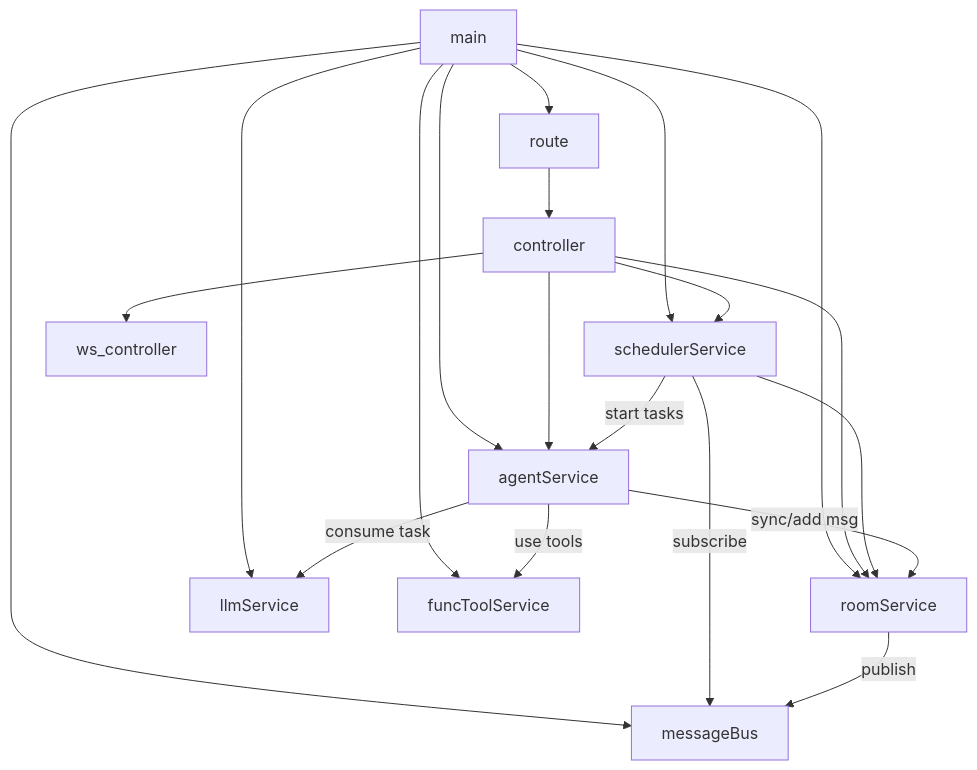
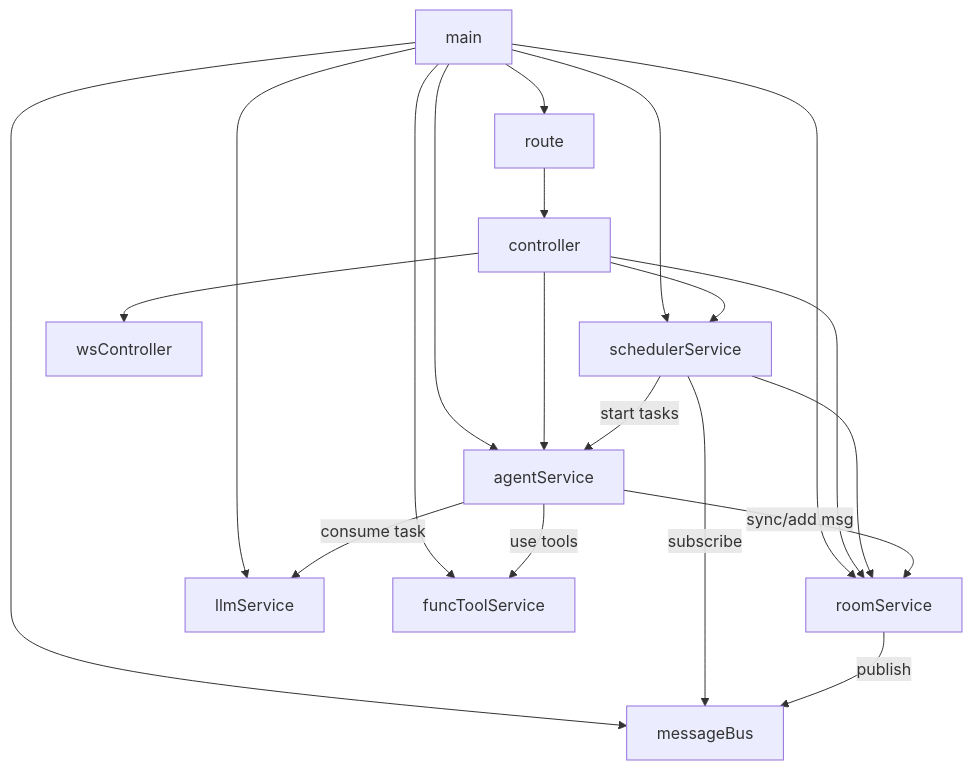
The diagram in docs/tech/service_dependencies.md (alexazhou/TogoSpace), drawn with Mermaid before and after one commit. The commit also changed 29 other files, not shown here.

````diff
--- a/docs/tech/service_dependencies.md
+++ b/docs/tech/service_dependencies.md
@@ -3,26 +3,26 @@
 ```mermaid
 graph TD
     main --> route
     main --> agentService
     main --> roomService
     main --> schedulerService
     main --> llmService
     main --> funcToolService
     main --> messageBus
 
     route --> controller
     controller --> agentService
     controller --> roomService
     controller --> schedulerService
-    controller --> ws_controller
+    controller --> wsController
 
     schedulerService -->|start tasks| agentService
     schedulerService --> roomService
     schedulerService -->|subscribe| messageBus
 
     agentService -->|consume task| llmService
     agentService -->|sync/add msg| roomService
     agentService -->|use tools| funcToolService
 
     roomService -->|publish| messageBus
 ```
````
